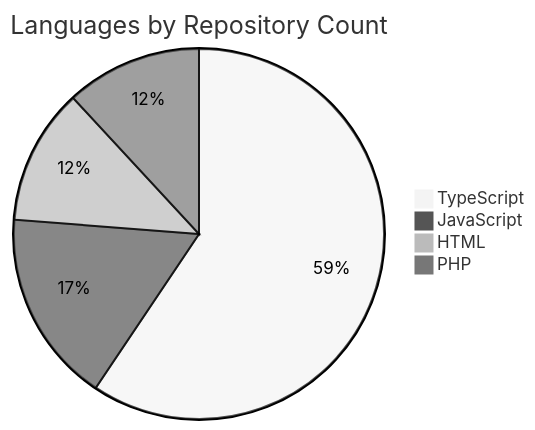
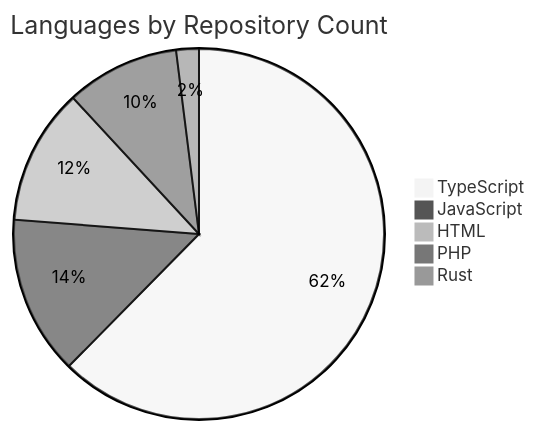
One commit to virgenherrera/virgenherrera changed the second of 2 diagrams in README.md. Above: the diagram before and after it, drawn with Mermaid (neutral theme). The commit also changed other lines of this file and 256 other files, not shown here.

````diff
--- a/README.md
+++ b/README.md
@@ -45,7 +45,8 @@
 ```mermaid
 pie title Languages by Repository Count
-    "TypeScript" : 60
-    "JavaScript" : 17
+    "TypeScript" : 63
+    "JavaScript" : 14
     "HTML" : 12
-    "PHP" : 12
+    "PHP" : 10
+    "Rust" : 2
 ```
````
